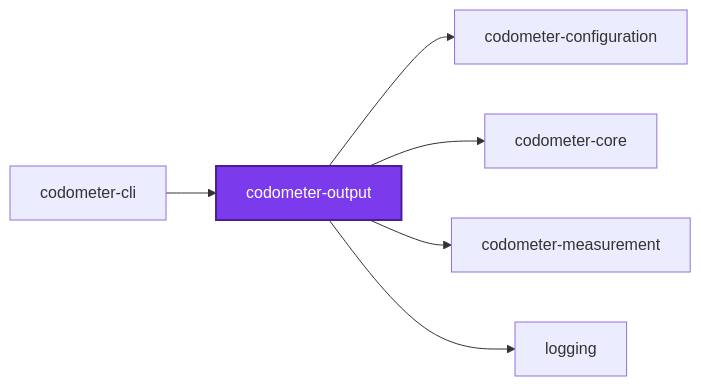
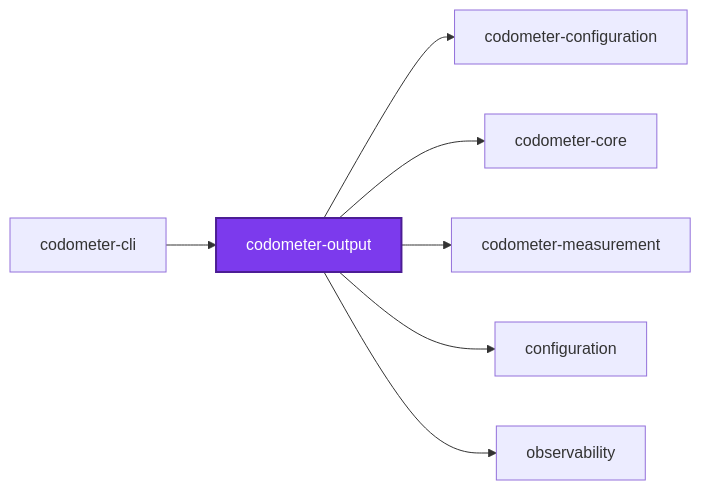
Before and after one commit to organizzolini/codebase: the first of 3 diagrams in projects/ic-suite/codometer/codometer-output/README.md, drawn with Mermaid. The commit also changed 68 other files, not shown here.

````diff
--- a/projects/ic-suite/codometer/codometer-output/README.md
+++ b/projects/ic-suite/codometer/codometer-output/README.md
@@ -169,16 +169,18 @@
 ```mermaid
 graph LR
   codometer_cli["codometer-cli"]
   codometer_configuration["codometer-configuration"]
   codometer_core["codometer-core"]
   codometer_measurement["codometer-measurement"]
   codometer_output["codometer-output"]
-  logging["logging"]
+  configuration["configuration"]
+  observability["observability"]
   codometer_cli --> codometer_output
   codometer_output --> codometer_configuration
   codometer_output --> codometer_core
   codometer_output --> codometer_measurement
-  codometer_output --> logging
+  codometer_output --> configuration
+  codometer_output --> observability
   classDef subject fill:#7c3aed,color:#fff,stroke:#4c1d95,stroke-width:2px
   class codometer_output subject
 ```
````
